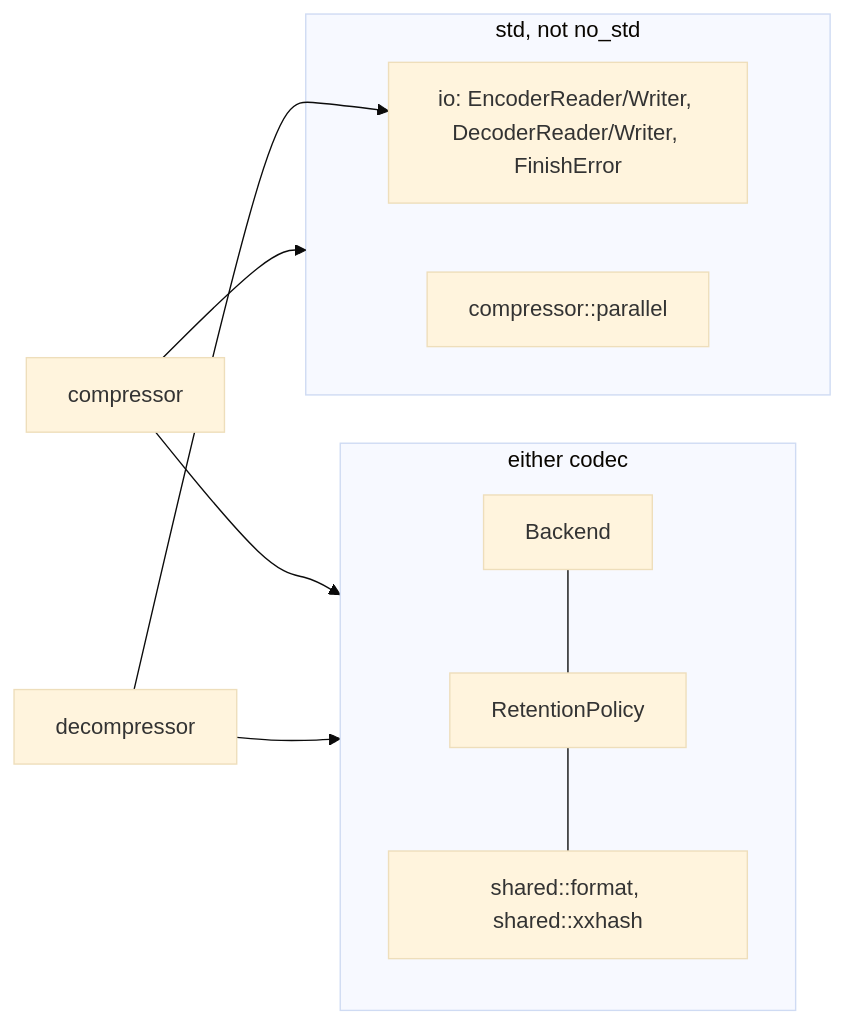
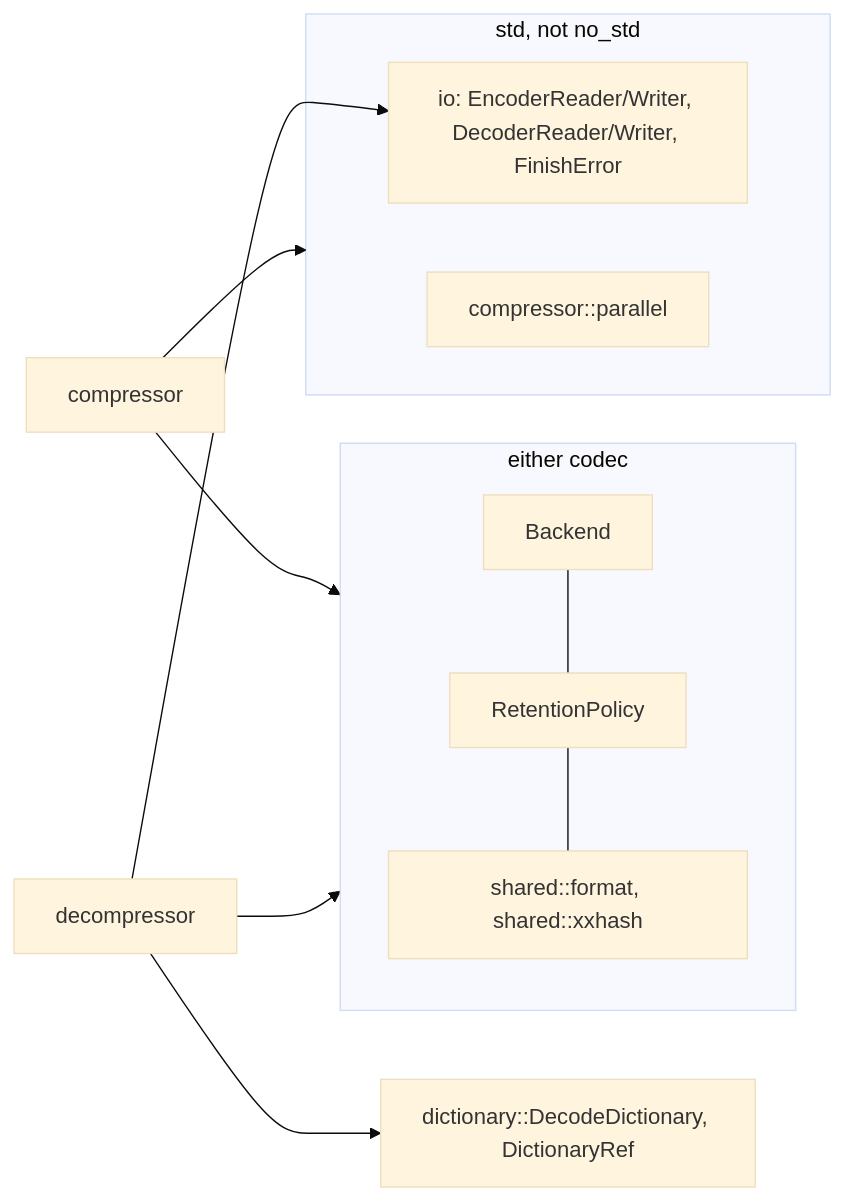
One commit to M-Compressors/mzstd changed the second of 2 diagrams in architecture/codec-features.md. Above: the diagram before and after it, drawn with Mermaid (base theme). The commit also changed other lines of this file and 106 other files, not shown here.

````diff
--- a/architecture/codec-features.md
+++ b/architecture/codec-features.md
@@ -39,15 +40,16 @@
 ```mermaid
 graph LR
     subgraph always[either codec]
         R[RetentionPolicy] --- S[shared::format, shared::xxhash]
         B[Backend] --- R
     end
     subgraph stdonly["std, not no_std"]
         IO[io: EncoderReader/Writer, DecoderReader/Writer, FinishError]
         P[compressor::parallel]
     end
     C[compressor] --> always
     Dc[decompressor] --> always
     C --> stdonly
     Dc --> IO
+    Dc --> DD["dictionary::DecodeDictionary, DictionaryRef"]
 ```
````
